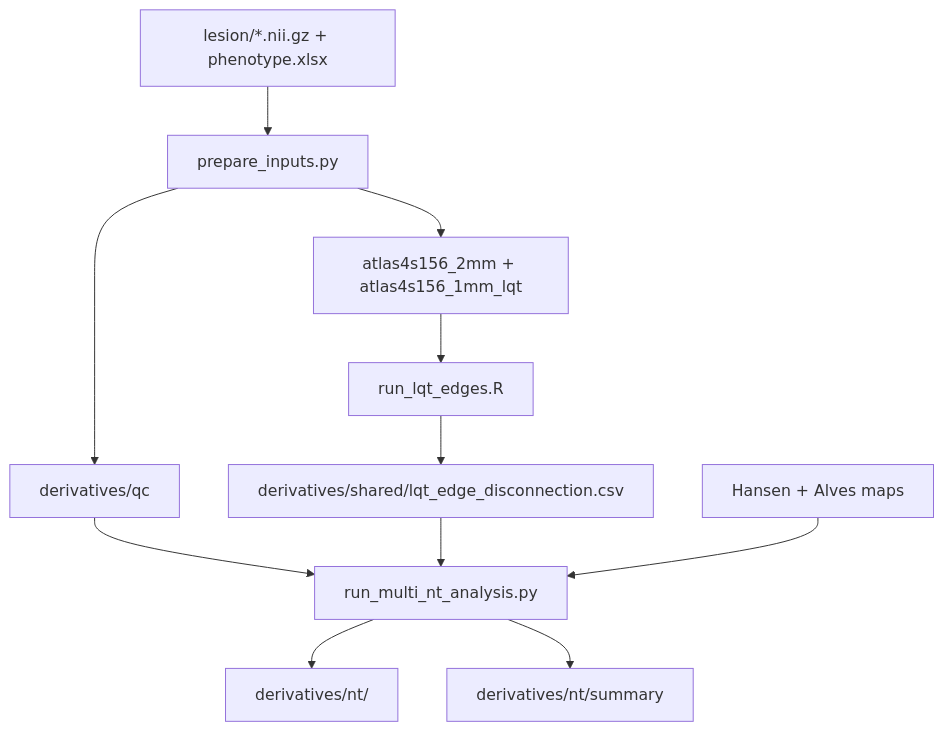
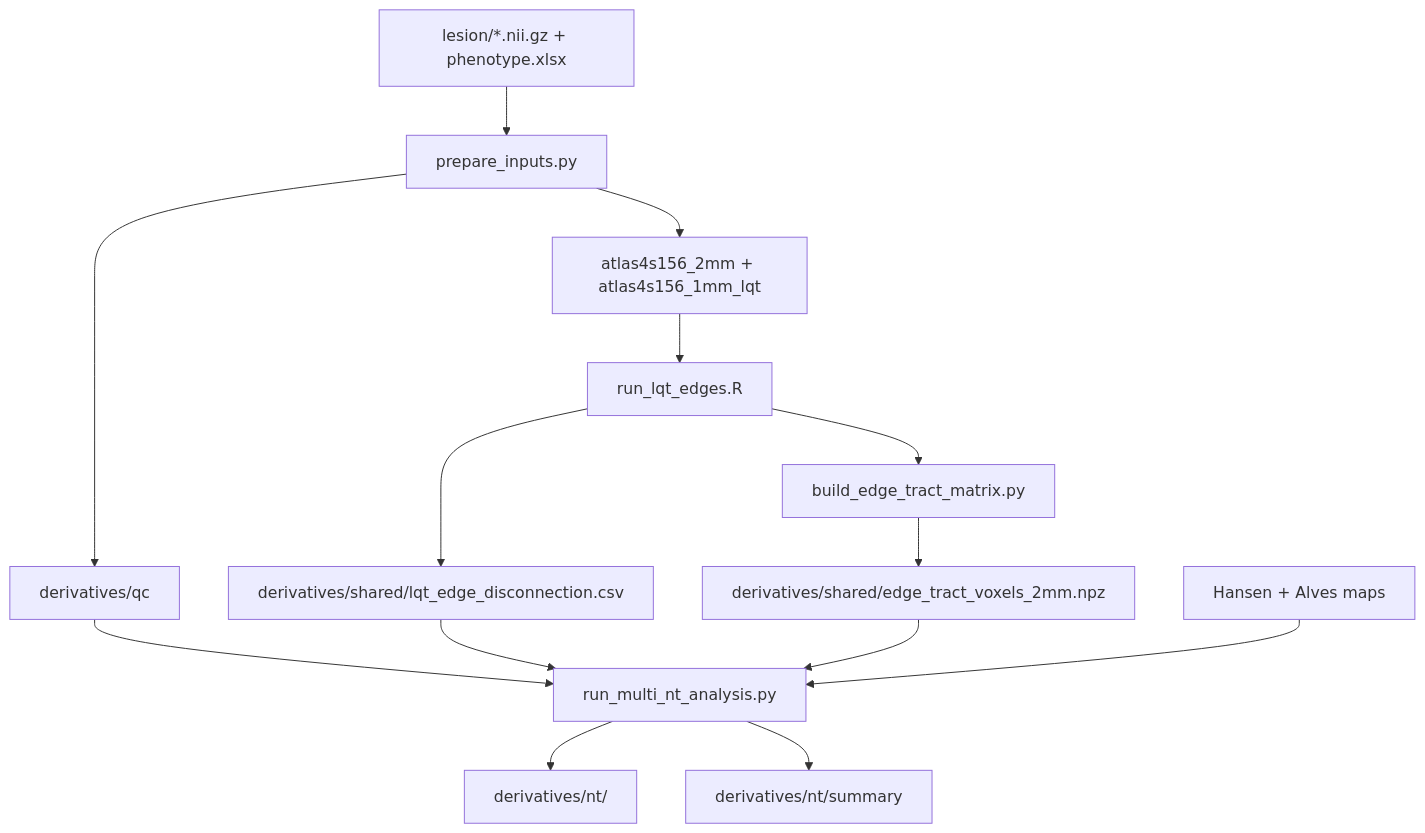
Before and after one commit to zhenzonglin/neurotransmitter: the diagram in docs/manual_qc.md, drawn with Mermaid. The commit also changed other lines of this file and 4 other files, not shown here.

Commit message:
modified:   README.md 	modified:   docs/manual_qc.md 	modified:   docs/project_inventory.md 	new file:   scripts/build_edge_tract_matrix.py 	modified:   scripts/run_multi_nt_analysis.py

````diff
--- a/docs/manual_qc.md
+++ b/docs/manual_qc.md
@@ -23,13 +24,16 @@
 ```mermaid
 flowchart TD
     A["lesion/*.nii.gz + phenotype.xlsx"] --> B["prepare_inputs.py"]
     B --> C["derivatives/qc"]
     B --> D["atlas4s156_2mm + atlas4s156_1mm_lqt"]
     D --> E["run_lqt_edges.R"]
     E --> F["derivatives/shared/lqt_edge_disconnection.csv"]
+    E --> K["build_edge_tract_matrix.py"]
+    K --> L["derivatives/shared/edge_tract_voxels_2mm.npz"]
     C --> G["run_multi_nt_analysis.py"]
     F --> G
+    L --> G
     H["Hansen + Alves maps"] --> G
     G --> I["derivatives/nt/<nt_id>"]
     G --> J["derivatives/nt/summary"]
 ```
````
